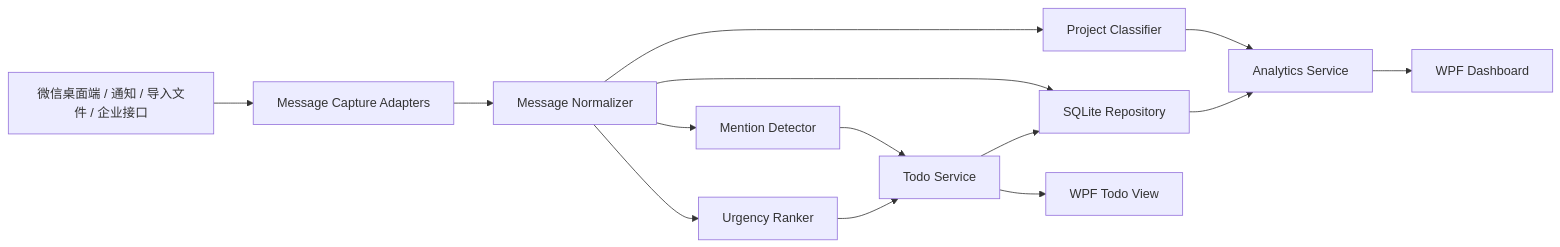
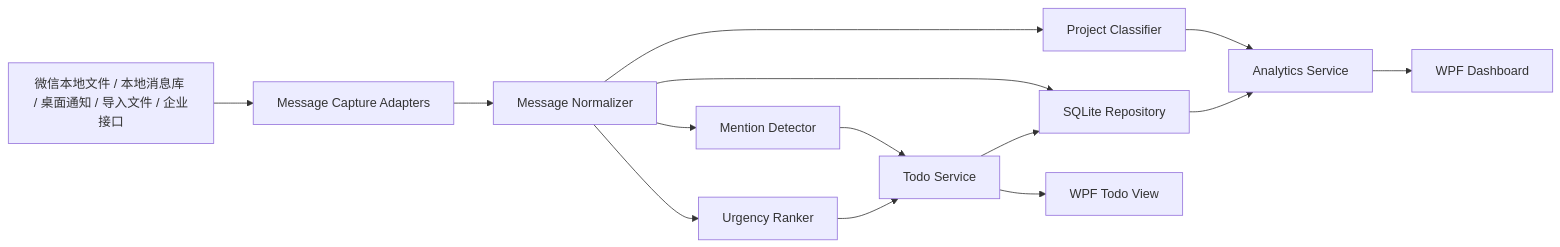
The diagram in design/wechat-message-monitor-wpf-design.md (dsfgis/wechatDashboard), drawn with Mermaid before and after one commit. The commit also changed other lines of this file and 25 other files, not shown here.

````diff
--- a/design/wechat-message-monitor-wpf-design.md
+++ b/design/wechat-message-monitor-wpf-design.md
@@ -46,16 +48,16 @@
 ```mermaid
 flowchart LR
-    A["微信桌面端 / 通知 / 导入文件 / 企业接口"] --> B["Message Capture Adapters"]
+    A["微信本地文件 / 本地消息库 / 桌面通知 / 导入文件 / 企业接口"] --> B["Message Capture Adapters"]
     B --> C["Message Normalizer"]
     C --> D["SQLite Repository"]
     C --> E["Mention Detector"]
     C --> F["Project Classifier"]
     C --> G["Urgency Ranker"]
     E --> H["Todo Service"]
     F --> I["Analytics Service"]
     G --> H
     D --> I
     H --> D
     I --> J["WPF Dashboard"]
     H --> K["WPF Todo View"]
 ```
````
